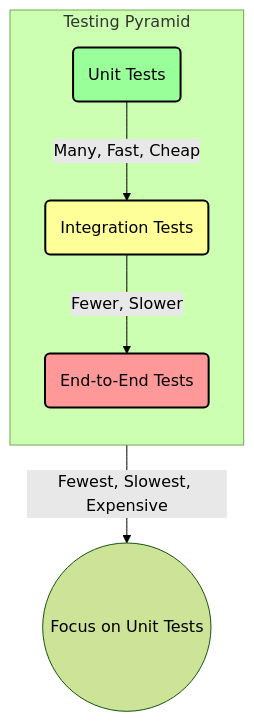
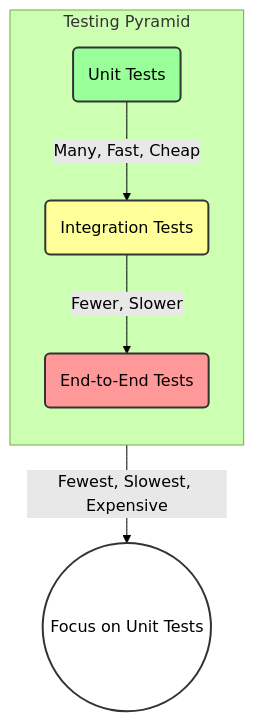
The second of 2 diagrams in _posts/2025-08-28-swe-field-guide.md (eltay89/eltay89.github.io), drawn with Mermaid (forest theme) before and after one commit.

````diff
--- a/_posts/2025-08-28-swe-field-guide.md
+++ b/_posts/2025-08-28-swe-field-guide.md
@@ -150,17 +150,20 @@
 ```mermaid
 graph TD
     subgraph Testing Pyramid
         direction TB
         E2E(End-to-End Tests);
         Integration(Integration Tests);
         Unit(Unit Tests);
     end
 
-    style Unit fill:#9f9,stroke:#000,stroke-width:2px
-    style Integration fill:#ff9,stroke:#000,stroke-width:2px
-    style E2E fill:#f99,stroke:#000,stroke-width:2px
+    style Unit fill:#9f9,stroke:#333,stroke-width:2px,color:black
+    style Integration fill:#ff9,stroke:#333,stroke-width:2px,color:black
+    style E2E fill:#f99,stroke:#333,stroke-width:2px,color:black
+    style Conclusion fill:#fff,stroke:#333,stroke-width:2px,color:black
 
     Unit -- "Many, Fast, Cheap" --> Integration;
     Integration -- "Fewer, Slower" --> E2E;
     E2E -- "Fewest, Slowest, Expensive" --> Conclusion((Focus on Unit Tests));
+
+    linkStyle 0,1,2 color:black,stroke:black
 ```
````
